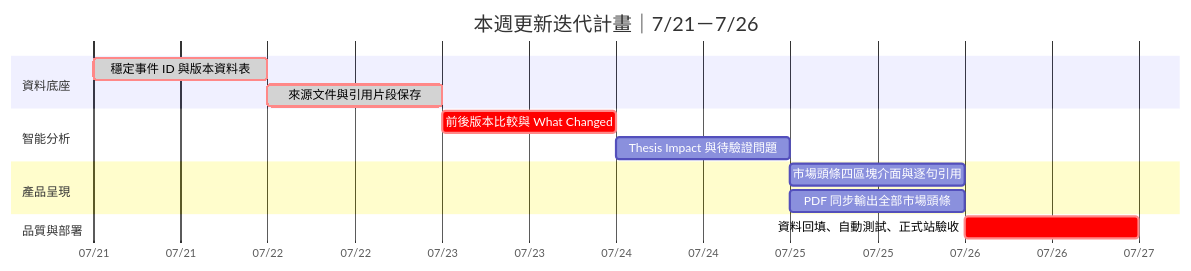
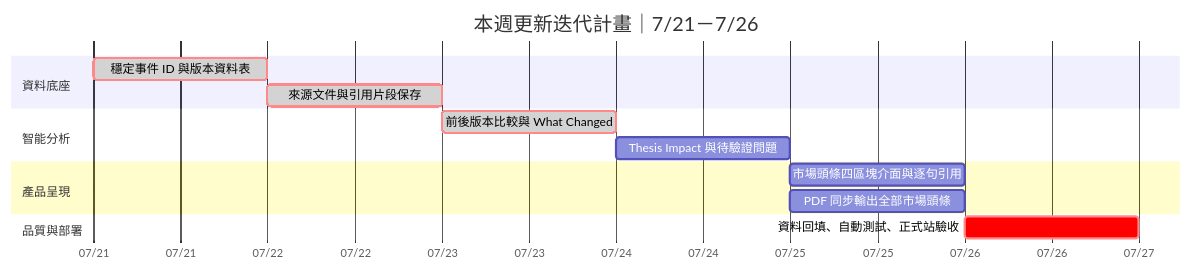
One commit to kk1030-bit/analystarena-daily-intelligence changed the diagram in docs/tasks/2026-07-21-07-26-auditable-daily-brief.md. Above: the diagram before and after it, drawn with Mermaid. The commit also changed other lines of this file, not shown here.

````diff
--- a/docs/tasks/2026-07-21-07-26-auditable-daily-brief.md
+++ b/docs/tasks/2026-07-21-07-26-auditable-daily-brief.md
@@ -24,21 +24,21 @@
 ```mermaid
 gantt
     title 本週更新迭代計畫｜7/21－7/26
     dateFormat YYYY-MM-DD
     axisFormat %m/%d
 
     section 資料底座
     穩定事件 ID 與版本資料表       :crit, done, a1, 2026-07-21, 1d
     來源文件與引用片段保存          :crit, done, a2, after a1, 1d
 
     section 智能分析
-    前後版本比較與 What Changed     :crit, a3, after a2, 1d
+    前後版本比較與 What Changed     :crit, done, a3, after a2, 1d
     Thesis Impact 與待驗證問題       :a4, after a3, 1d
 
     section 產品呈現
     市場頭條四區塊介面與逐句引用    :a5, after a4, 1d
     PDF 同步輸出全部市場頭條         :a6, after a4, 1d
 
     section 品質與部署
     資料回填、自動測試、正式站驗收   :crit, a7, after a5, 1d
 ```
````
